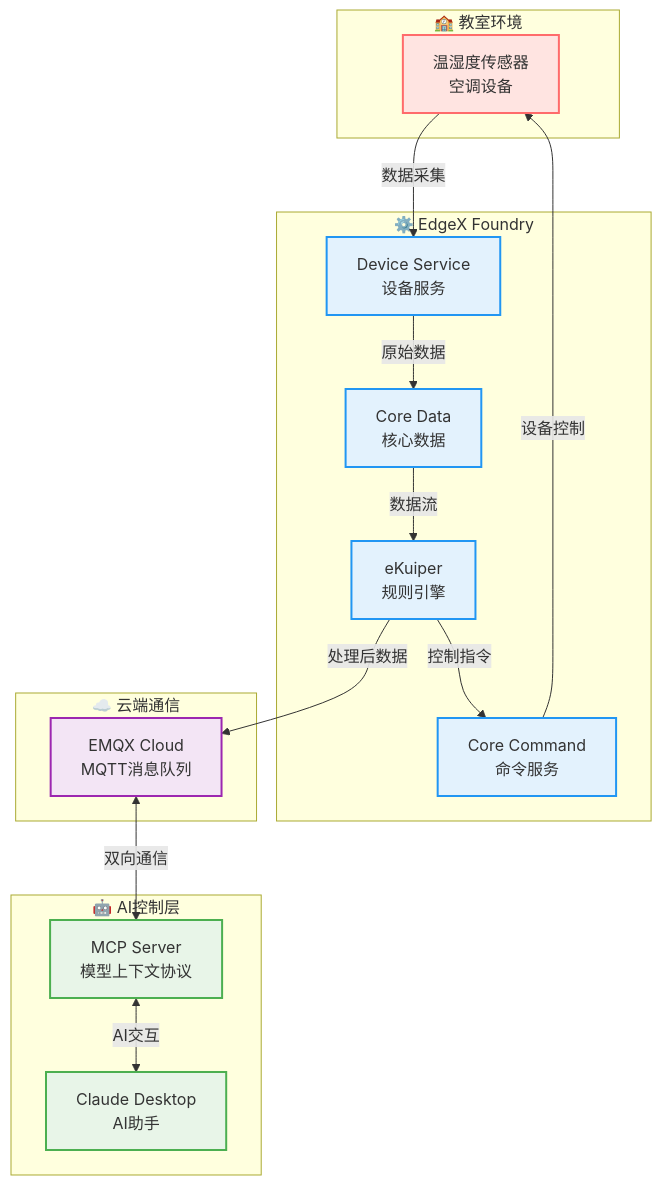
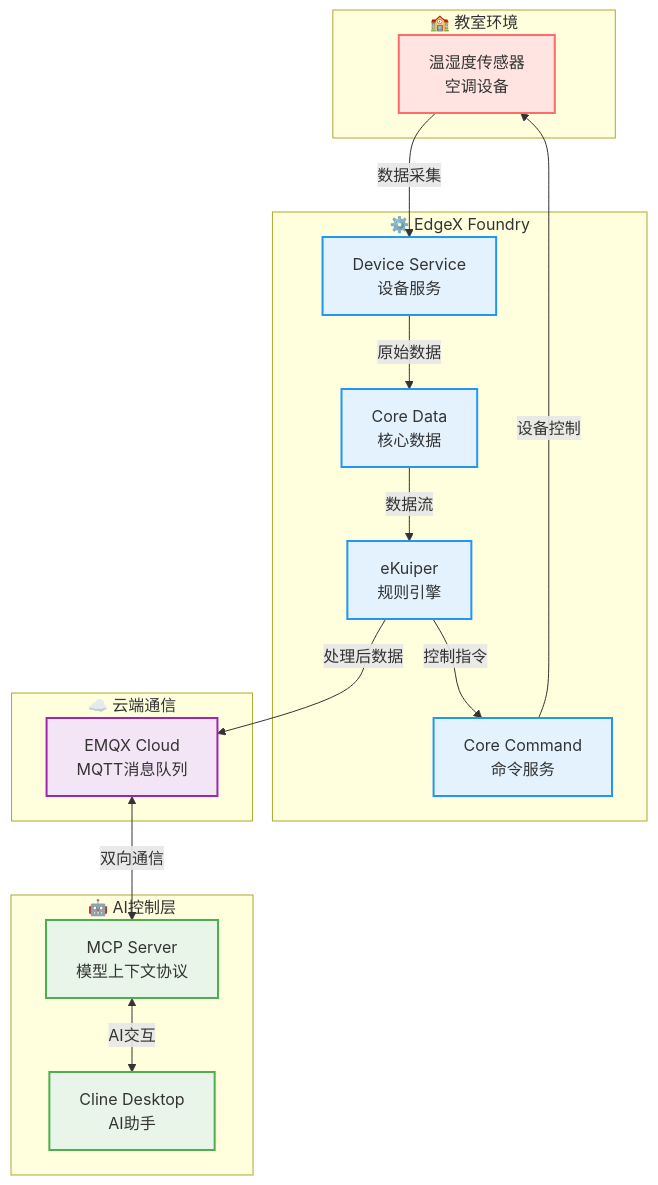
One commit to xu666xin/-MCP-mqtt-EdgeX-Ekuiper- changed the diagram in README.md. Above: the diagram before and after it, drawn with Mermaid. The commit also changed other lines of this file and 10 other files, not shown here.

````diff
--- a/README.md
+++ b/README.md
@@ -18,42 +17,42 @@
 ```mermaid
 graph TB
     subgraph classroom ["🏫 教室环境"]
         A["温湿度传感器<br/>空调设备"] 
     end
     
     subgraph edgex ["⚙️ EdgeX Foundry"]
         B["Device Service<br/>设备服务"]
         C["Core Data<br/>核心数据"]
         D["eKuiper<br/>规则引擎"]
         F["Core Command<br/>命令服务"]
     end
     
     subgraph cloud ["☁️ 云端通信"]
         E["EMQX Cloud<br/>MQTT消息队列"]
     end
     
     subgraph ai ["🤖 AI控制层"]
         G["MCP Server<br/>模型上下文协议"]
-        H["Claude Desktop<br/>AI助手"]
+        H["Cline Desktop<br/>AI助手"]
     end
     
     A -->|数据采集| B
     B -->|原始数据| C
     C -->|数据流| D
     D -->|处理后数据| E
     D -->|控制指令| F
     F -->|设备控制| A
     
     E <-->|双向通信| G
     G <-->|AI交互| H
     
     classDef sensors fill:#ffe4e1,stroke:#ff6b6b,stroke-width:2px
     classDef edgex fill:#e3f2fd,stroke:#2196f3,stroke-width:2px
     classDef cloud fill:#f3e5f5,stroke:#9c27b0,stroke-width:2px
     classDef ai fill:#e8f5e8,stroke:#4caf50,stroke-width:2px
     
     class A sensors
     class B,C,D,F edgex
     class E cloud
     class G,H ai
 ```
````
